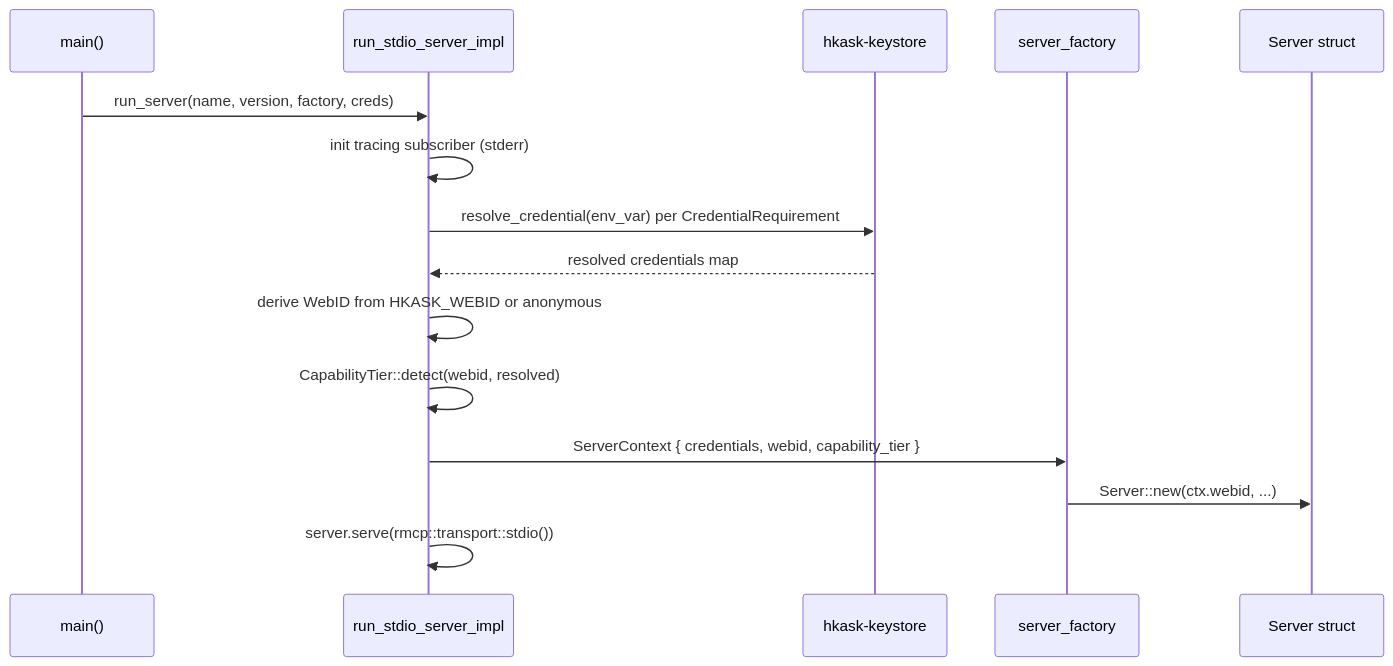
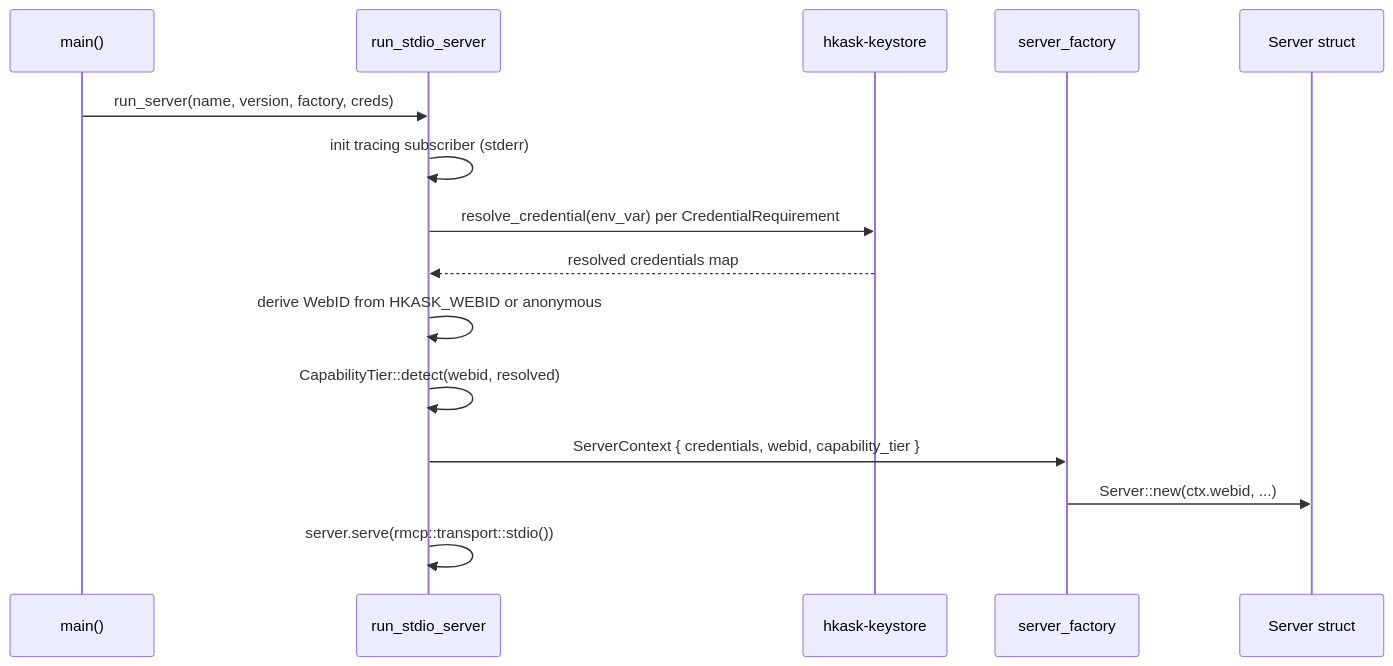
The first of 2 diagrams in kask/docs/diataxis/hkask-mcp-server/explanation.md (mdz-axo/zed-kask), drawn with Mermaid before and after one commit. The commit also changed other lines of this file and 41 other files, not shown here.

````diff
--- a/kask/docs/diataxis/hkask-mcp-server/explanation.md
+++ b/kask/docs/diataxis/hkask-mcp-server/explanation.md
@@ -26,17 +26,17 @@
 ```mermaid
 sequenceDiagram
     participant Main as main()
-    participant Boot as run_stdio_server_impl
+    participant Boot as run_stdio_server
     participant Keys as hkask-keystore
     participant Factory as server_factory
     participant Server as Server struct
     Main->>Boot: run_server(name, version, factory, creds)
     Boot->>Boot: init tracing subscriber (stderr)
     Boot->>Keys: resolve_credential(env_var) per CredentialRequirement
     Keys-->>Boot: resolved credentials map
     Boot->>Boot: derive WebID from HKASK_WEBID or anonymous
     Boot->>Boot: CapabilityTier::detect(webid, resolved)
     Boot->>Factory: ServerContext { credentials, webid, capability_tier }
     Factory->>Server: Server::new(ctx.webid, ...)
     Boot->>Boot: server.serve(rmcp::transport::stdio())
 ```
````
